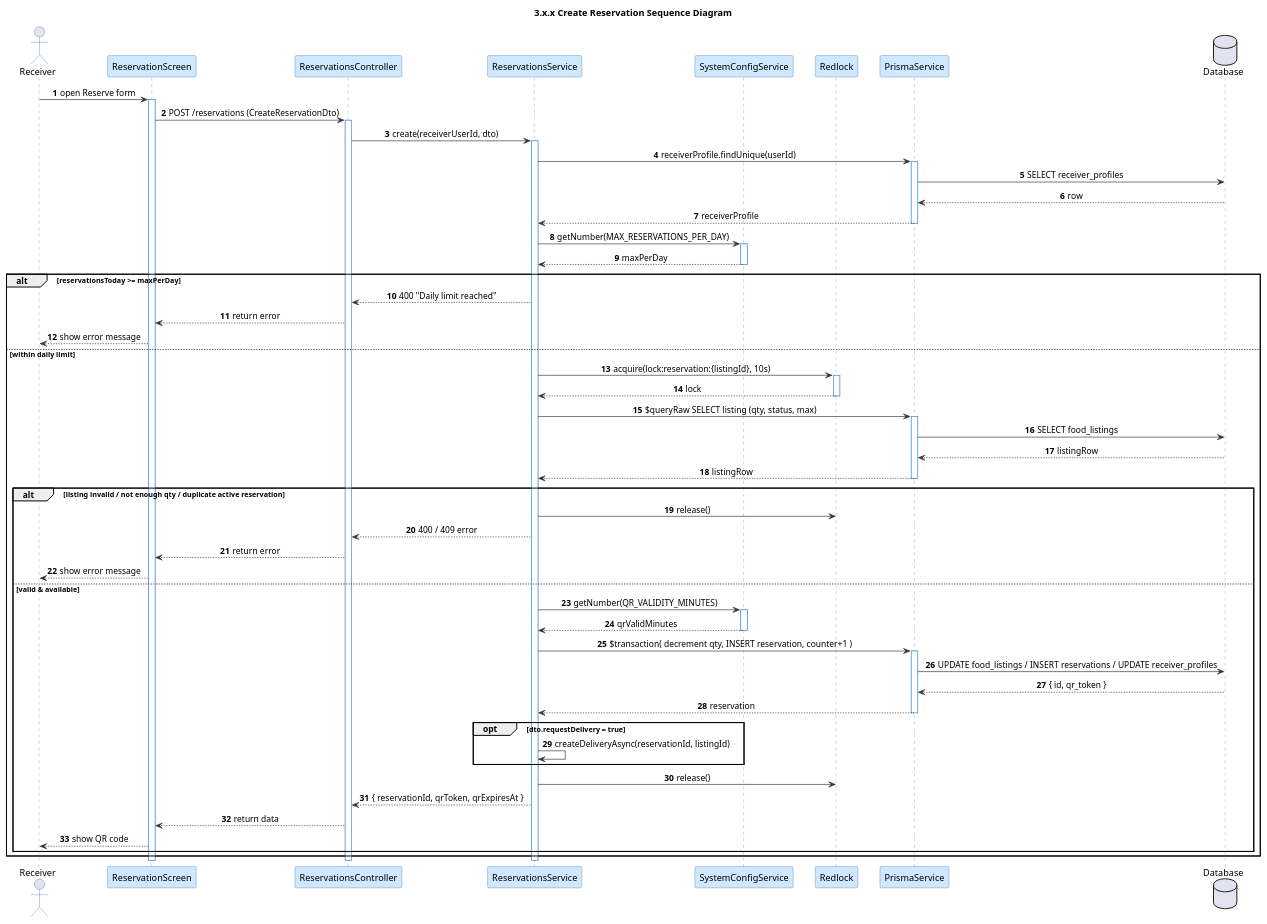
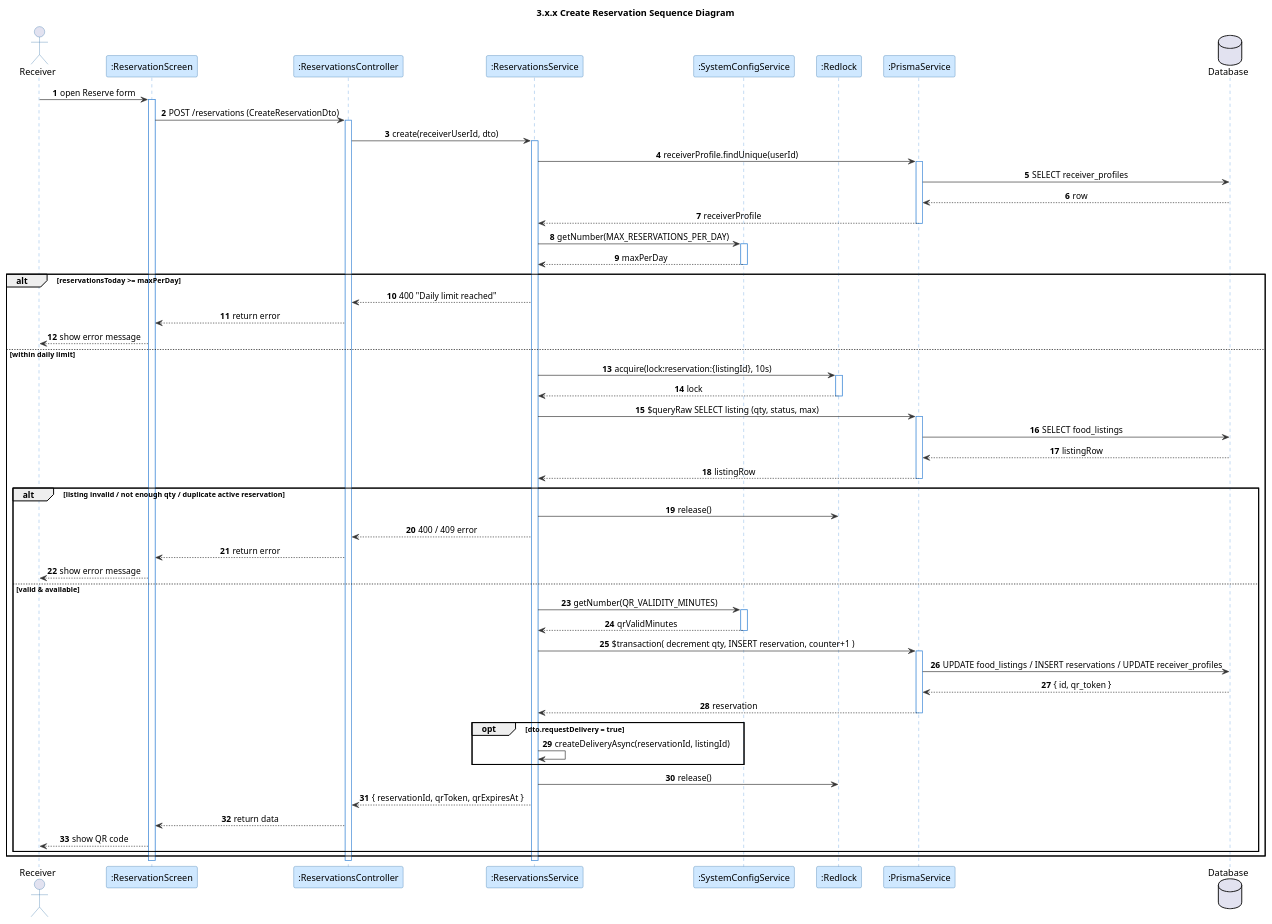
The diagram in docs/seq-reservation-create-styled.puml (trimikey/Capstone_FoodResQ_Web), drawn with PlantUML before and after one commit. The commit also changed 91 other files, not shown here.

```diff
--- a/docs/seq-reservation-create-styled.puml
+++ b/docs/seq-reservation-create-styled.puml
@@ -1,93 +1,93 @@
 @startuml seq-reservation-create-styled
 title 3.x.x Create Reservation Sequence Diagram
 autonumber
 skinparam shadowing false
 skinparam sequenceMessageAlign center
 skinparam ParticipantPadding 12
 skinparam BoxPadding 10
 skinparam sequence {
   LifeLineBorderColor #4A90D9
   ParticipantBackgroundColor #CFE8FF
   ParticipantBorderColor #2E6DA4
   ActorBorderColor #2E6DA4
   ArrowColor #333333
 }
 
 actor "Receiver" as User
-participant "ReservationScreen" as Screen
-participant "ReservationsController" as Ctrl
-participant "ReservationsService" as Svc
-participant "SystemConfigService" as Cfg
-participant "Redlock" as Lock
-participant "PrismaService" as Repo
+participant ":ReservationScreen" as Screen
+participant ":ReservationsController" as Ctrl
+participant ":ReservationsService" as Svc
+participant ":SystemConfigService" as Cfg
+participant ":Redlock" as Lock
+participant ":PrismaService" as Repo
 database "Database" as DB
 
 User -> Screen : open Reserve form
 activate Screen
 Screen -> Ctrl : POST /reservations (CreateReservationDto)
 activate Ctrl
 Ctrl -> Svc : create(receiverUserId, dto)
 activate Svc
 
 Svc -> Repo : receiverProfile.findUnique(userId)
 activate Repo
 Repo -> DB : SELECT receiver_profiles
 DB --> Repo : row
 Repo --> Svc : receiverProfile
 deactivate Repo
 
 Svc -> Cfg : getNumber(MAX_RESERVATIONS_PER_DAY)
 activate Cfg
 Cfg --> Svc : maxPerDay
 deactivate Cfg
 
 alt reservationsToday >= maxPerDay
   Svc --> Ctrl : 400 "Daily limit reached"
   Ctrl --> Screen : return error
   Screen --> User : show error message
 else within daily limit
   Svc -> Lock : acquire(lock:reservation:{listingId}, 10s)
   activate Lock
   Lock --> Svc : lock
   deactivate Lock
 
   Svc -> Repo : $queryRaw SELECT listing (qty, status, max)
   activate Repo
   Repo -> DB : SELECT food_listings
   DB --> Repo : listingRow
   Repo --> Svc : listingRow
   deactivate Repo
 
   alt listing invalid / not enough qty / duplicate active reservation
     Svc -> Lock : release()
     Svc --> Ctrl : 400 / 409 error
     Ctrl --> Screen : return error
     Screen --> User : show error message
   else valid & available
     Svc -> Cfg : getNumber(QR_VALIDITY_MINUTES)
     activate Cfg
     Cfg --> Svc : qrValidMinutes
     deactivate Cfg
 
     Svc -> Repo : $transaction( decrement qty, INSERT reservation, counter+1 )
     activate Repo
     Repo -> DB : UPDATE food_listings / INSERT reservations / UPDATE receiver_profiles
     DB --> Repo : { id, qr_token }
     Repo --> Svc : reservation
     deactivate Repo
 
     opt dto.requestDelivery = true
       Svc -> Svc : createDeliveryAsync(reservationId, listingId)
     end
 
     Svc -> Lock : release()
     Svc --> Ctrl : { reservationId, qrToken, qrExpiresAt }
     Ctrl --> Screen : return data
     Screen --> User : show QR code
   end
 end
 
 deactivate Svc
 deactivate Ctrl
 deactivate Screen
 @enduml
```
